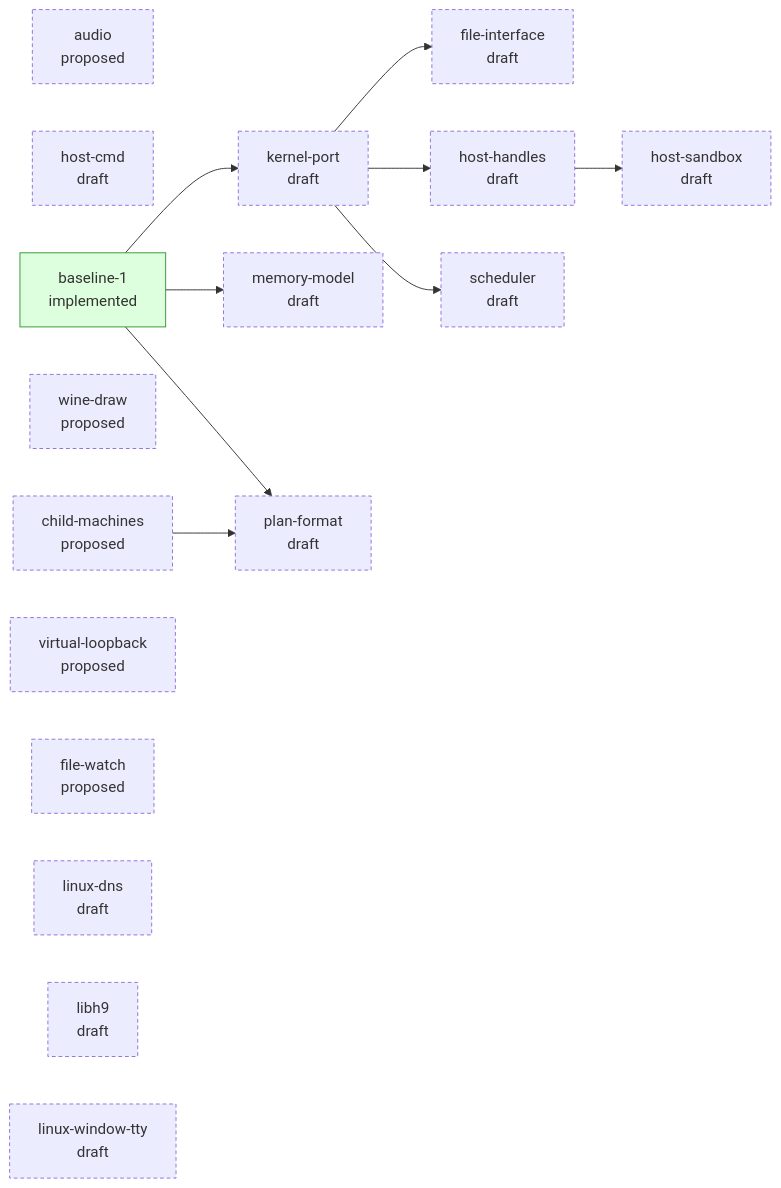
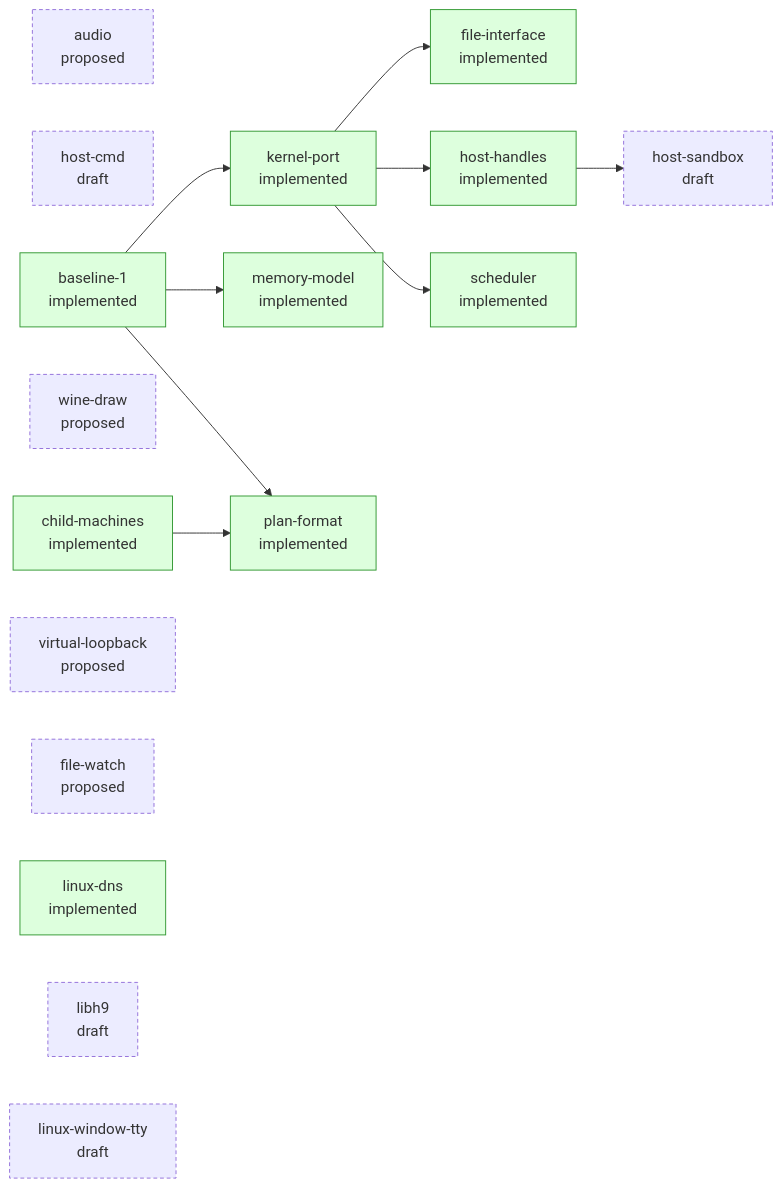
Before and after one commit to progrium/hyper9: the diagram in design/STATUS.md, drawn with Mermaid. The commit also changed other lines of this file, not shown here.

````diff
--- a/design/STATUS.md
+++ b/design/STATUS.md
@@ -27,32 +27,32 @@
 ```mermaid
 flowchart LR
   classDef draft stroke-dasharray: 4 3
   classDef accepted stroke-width: 2px
   classDef implemented fill:#dfd,stroke:#393
   classDef closed fill:#eee,stroke:#999,color:#777
   p_host_sandbox["host-sandbox<br/>draft"]:::draft
   p_audio["audio<br/>proposed"]:::draft
   p_host_cmd["host-cmd<br/>draft"]:::draft
-  p_child_machines["child-machines<br/>proposed"]:::draft
+  p_child_machines["child-machines<br/>implemented"]:::implemented
   p_wine_draw["wine-draw<br/>proposed"]:::draft
   p_baseline_1["baseline-1<br/>implemented"]:::implemented
-  p_file_interface["file-interface<br/>draft"]:::draft
-  p_host_handles["host-handles<br/>draft"]:::draft
-  p_kernel_port["kernel-port<br/>draft"]:::draft
-  p_memory_model["memory-model<br/>draft"]:::draft
-  p_plan_format["plan-format<br/>draft"]:::draft
-  p_scheduler["scheduler<br/>draft"]:::draft
+  p_file_interface["file-interface<br/>implemented"]:::implemented
+  p_host_handles["host-handles<br/>implemented"]:::implemented
+  p_kernel_port["kernel-port<br/>implemented"]:::implemented
+  p_memory_model["memory-model<br/>implemented"]:::implemented
+  p_plan_format["plan-format<br/>implemented"]:::implemented
+  p_scheduler["scheduler<br/>implemented"]:::implemented
   p_virtual_loopback["virtual-loopback<br/>proposed"]:::draft
   p_file_watch["file-watch<br/>proposed"]:::draft
-  p_linux_dns["linux-dns<br/>draft"]:::draft
+  p_linux_dns["linux-dns<br/>implemented"]:::implemented
   p_libh9["libh9<br/>draft"]:::draft
   p_linux_window_tty["linux-window-tty<br/>draft"]:::draft
   p_host_handles --> p_host_sandbox
   p_kernel_port --> p_file_interface
   p_kernel_port --> p_host_handles
   p_baseline_1 --> p_kernel_port
   p_baseline_1 --> p_memory_model
   p_baseline_1 --> p_plan_format
   p_child_machines --> p_plan_format
   p_kernel_port --> p_scheduler
 ```
````
